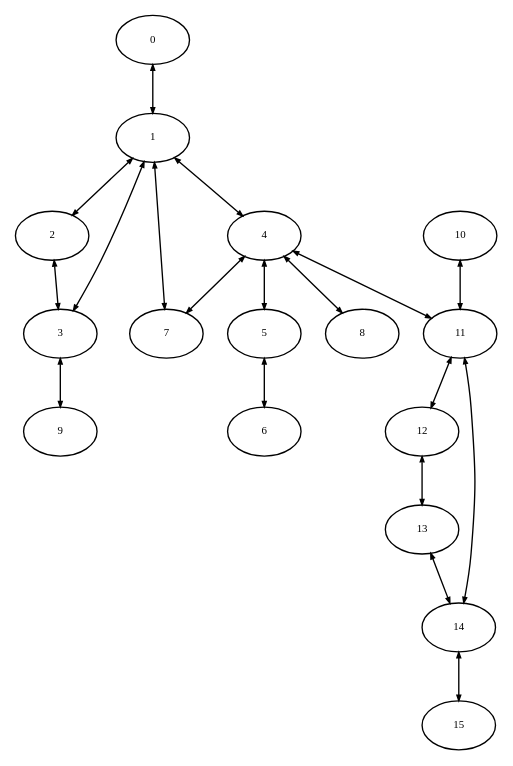
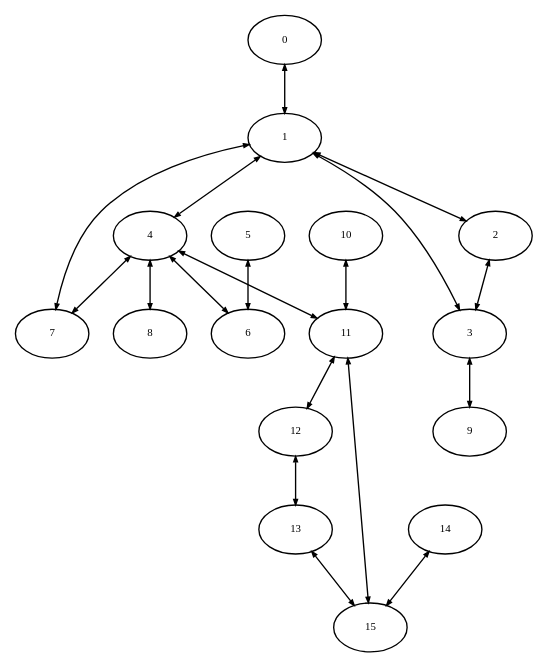
One commit to markormesher/easymaps-engine changed the diagram in datasets/sample-16/output/observed-network.dot. Above: the diagram before and after it, drawn with Graphviz. The commit also changed 6 other files, not shown here.

```diff
--- a/datasets/sample-16/output/observed-network.dot
+++ b/datasets/sample-16/output/observed-network.dot
@@ -1,23 +1,23 @@
 digraph Map {
 graph[overlap = false, splines = true];
 edge[arrowsize = 0.4];
 node[fontsize = 8, margin = "0.07,0.02"];
 "0" -> "1" [dir = both];
 "1" -> "2" [dir = both];
 "1" -> "3" [dir = both];
 "1" -> "4" [dir = both];
 "1" -> "7" [dir = both];
 "2" -> "3" [dir = both];
 "3" -> "9" [dir = both];
-"4" -> "5" [dir = both];
+"4" -> "6" [dir = both];
 "4" -> "7" [dir = both];
 "4" -> "8" [dir = both];
 "4" -> "11" [dir = both];
 "5" -> "6" [dir = both];
 "10" -> "11" [dir = both];
 "11" -> "12" [dir = both];
-"11" -> "14" [dir = both];
+"11" -> "15" [dir = both];
 "12" -> "13" [dir = both];
-"13" -> "14" [dir = both];
+"13" -> "15" [dir = both];
 "14" -> "15" [dir = both];
 }
```
